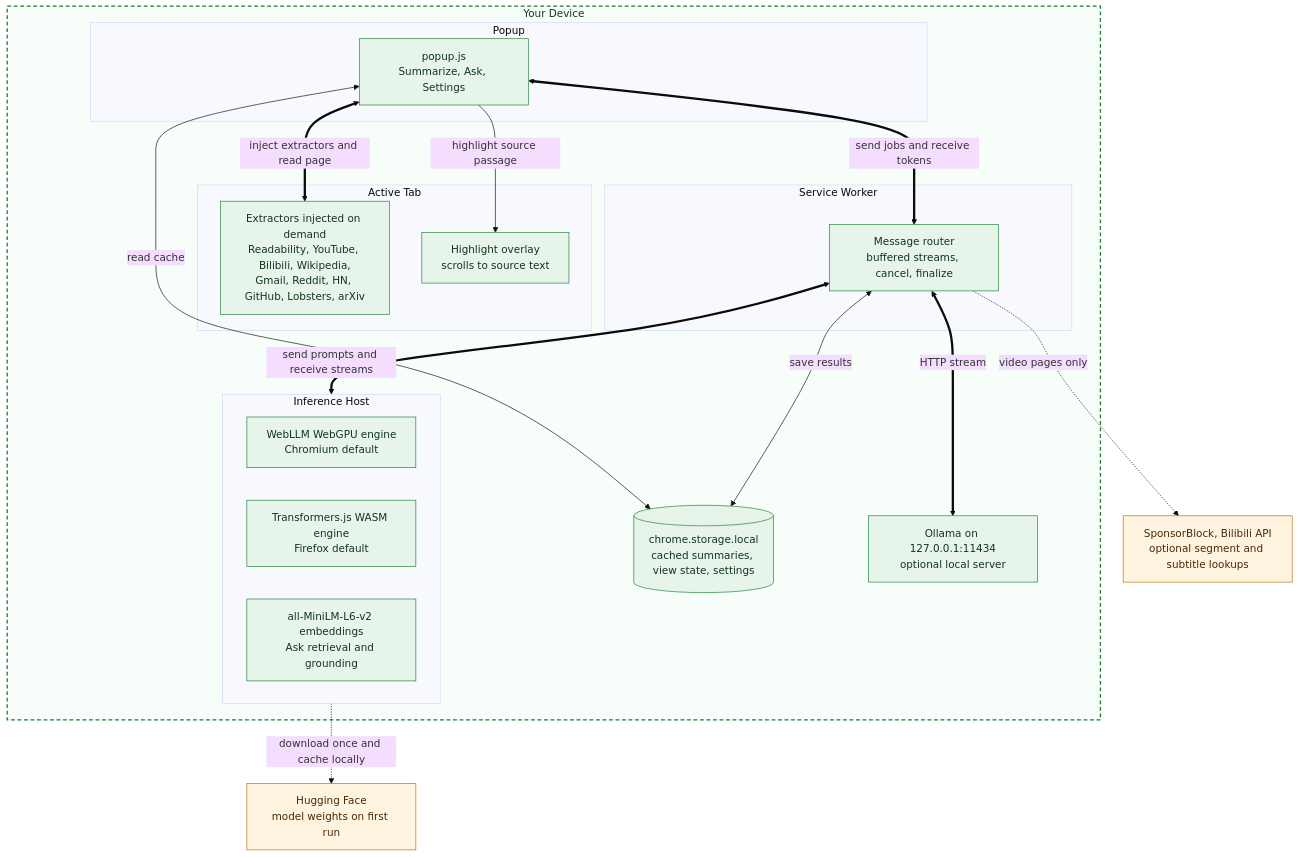
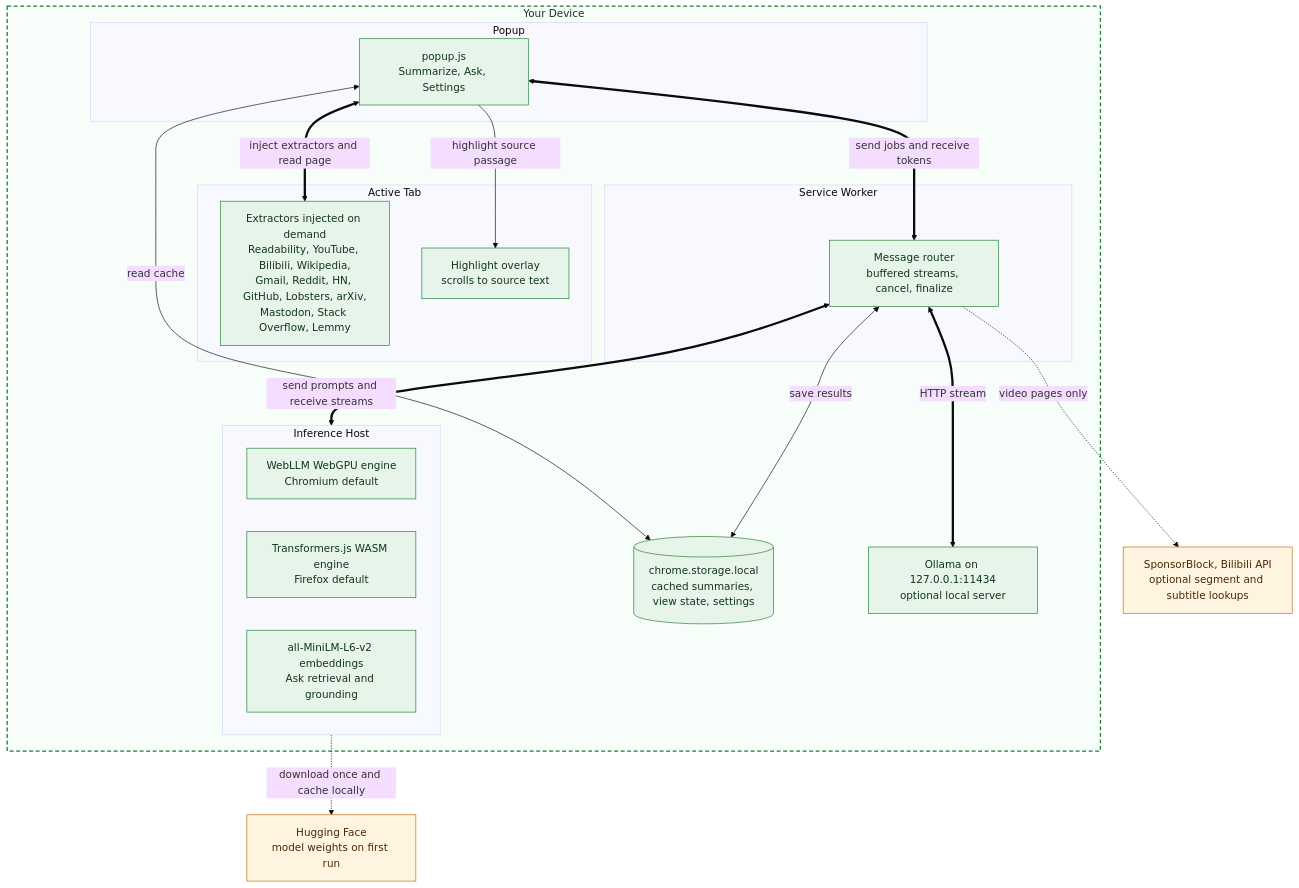
Before and after one commit to MayurK-cmd/apogee: the first of 2 diagrams in ARCHITECTURE.md, drawn with Mermaid (base theme). The commit also changed 9 other files, not shown here.

Commit message:
feat(extractors): add Lemmy post extractor (#32)

````diff
--- a/ARCHITECTURE.md
+++ b/ARCHITECTURE.md
@@ -34,46 +34,46 @@
 ```mermaid
 flowchart TD
     subgraph device["Your Device"]
         subgraph page["Active Tab"]
-            EX["Extractors injected on demand<br/>Readability, YouTube, Bilibili, Wikipedia,<br/>Gmail, Reddit, HN, GitHub, Lobsters, arXiv"]
+            EX["Extractors injected on demand<br/>Readability, YouTube, Bilibili, Wikipedia,<br/>Gmail, Reddit, HN, GitHub, Lobsters, arXiv,<br/>Mastodon, Stack Overflow, Lemmy"]
             HL["Highlight overlay<br/>scrolls to source text"]
         end
 
         subgraph ui["Popup"]
             POPUP["popup.js<br/>Summarize, Ask, Settings"]
         end
 
         subgraph bg["Service Worker"]
             ROUTER["Message router<br/>buffered streams, cancel, finalize"]
         end
 
         subgraph host["Inference Host"]
             WEBLLM["WebLLM WebGPU engine<br/>Chromium default"]
             TJS["Transformers.js WASM engine<br/>Firefox default"]
             EMB["all-MiniLM-L6-v2 embeddings<br/>Ask retrieval and grounding"]
         end
 
         STORE[("chrome.storage.local<br/>cached summaries, view state, settings")]
         OLLAMA["Ollama on 127.0.0.1:11434<br/>optional local server"]
     end
 
     HF["Hugging Face<br/>model weights on first run"]
     APIS["SponsorBlock, Bilibili API<br/>optional segment and subtitle lookups"]
 
     POPUP <==>|"inject extractors and read page"| EX
     POPUP -->|"highlight source passage"| HL
     POPUP <==>|"send jobs and receive tokens"| ROUTER
     ROUTER <==>|"send prompts and receive streams"| host
     ROUTER <==>|"HTTP stream"| OLLAMA
     POPUP <-->|"read cache"| STORE
     ROUTER <-->|"save results"| STORE
 
     host -.->|"download once and cache locally"| HF
     ROUTER -.->|"video pages only"| APIS
 
     classDef local fill:#e6f4ea,stroke:#1e7e34,color:#12351f
     classDef remote fill:#fff4e0,stroke:#c2680a,color:#4a2905
     class EX,HL,POPUP,ROUTER,STORE,WEBLLM,TJS,EMB,OLLAMA local
     class HF,APIS remote
     style device fill:#f7fdf9,stroke:#1e7e34,stroke-width:2px,stroke-dasharray:6 4,color:#12351f
 ```
````
